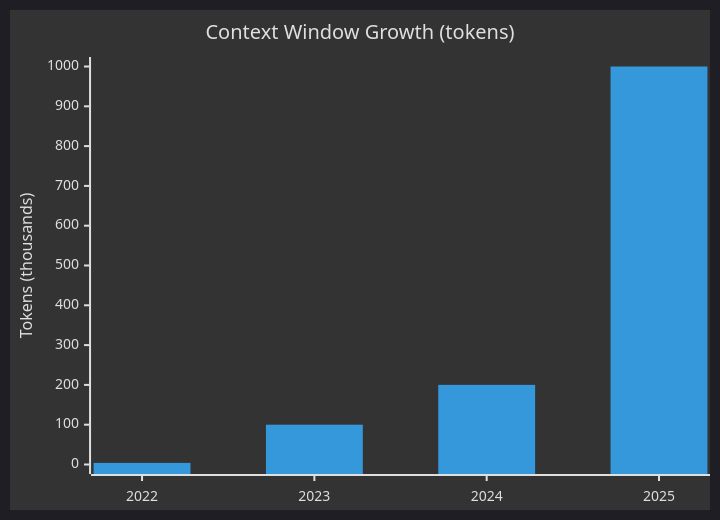
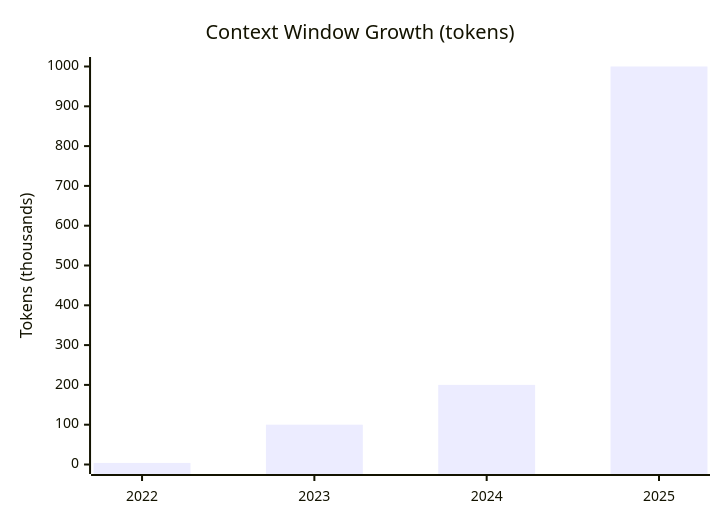
The fourth of 5 diagrams in diagrams/context-window-diagrams.md (kousen/ragdemo), drawn with Mermaid before and after one commit. The commit also changed other lines of this file, not shown here.

First line of the commit message:
Update diagrams to light theme for GitHub and video

````diff
--- a/diagrams/context-window-diagrams.md
+++ b/diagrams/context-window-diagrams.md
@@ -73,8 +69,7 @@
 ```mermaid
-%%{init: {'theme': 'dark'}}%%
 xychart-beta
     title "Context Window Growth (tokens)"
     x-axis [2022, 2023, 2024, 2025]
     y-axis "Tokens (thousands)" 0 --> 1000
     bar [4, 100, 200, 1000]
 ```
````
